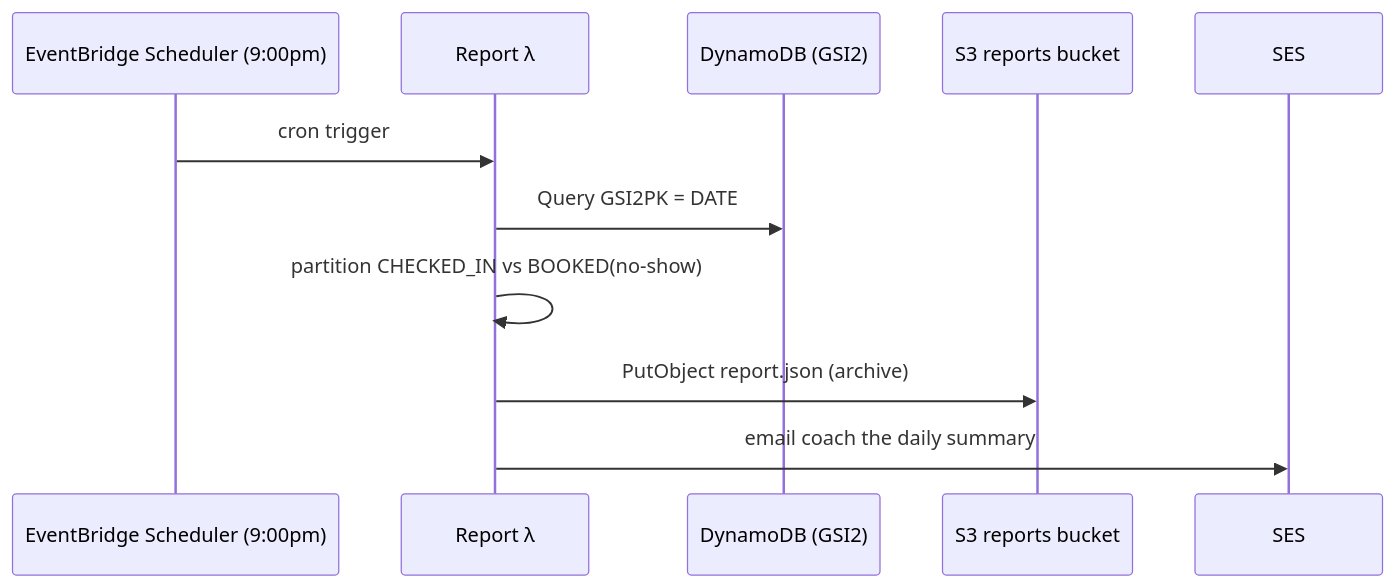
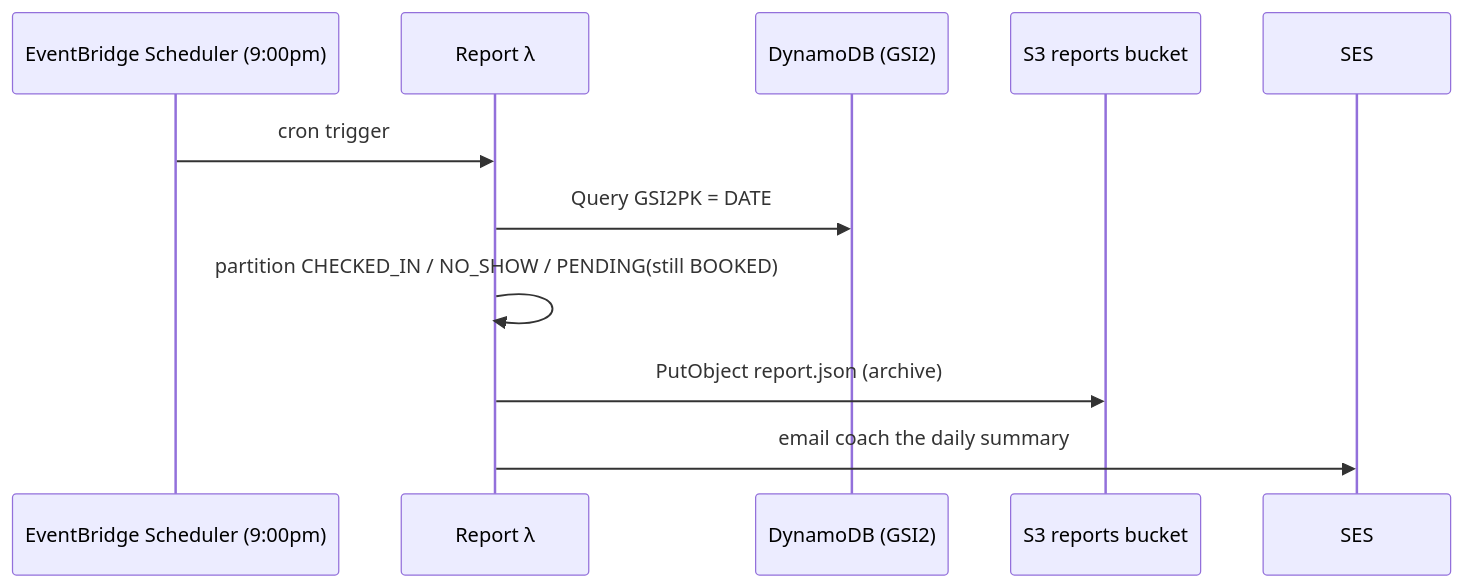
One commit to jessicamvega6/bladebook changed the sixth of 7 diagrams in docs/architecture.md. Above: the diagram before and after it, drawn with Mermaid. The commit also changed other lines of this file and 10 other files, not shown here.

````diff
--- a/docs/architecture.md
+++ b/docs/architecture.md
@@ -408,13 +609,13 @@
 ```mermaid
 sequenceDiagram
     participant Sch as EventBridge Scheduler (9:00pm)
     participant Rep as Report λ
     participant DB as DynamoDB (GSI2)
     participant S3 as S3 reports bucket
     participant SES as SES
     Sch->>Rep: cron trigger
     Rep->>DB: Query GSI2PK = DATE#today
-    Rep->>Rep: partition CHECKED_IN vs BOOKED(no-show)
+    Rep->>Rep: partition CHECKED_IN / NO_SHOW / PENDING(still BOOKED)
     Rep->>S3: PutObject report.json (archive)
     Rep->>SES: email coach the daily summary
 ```
````
